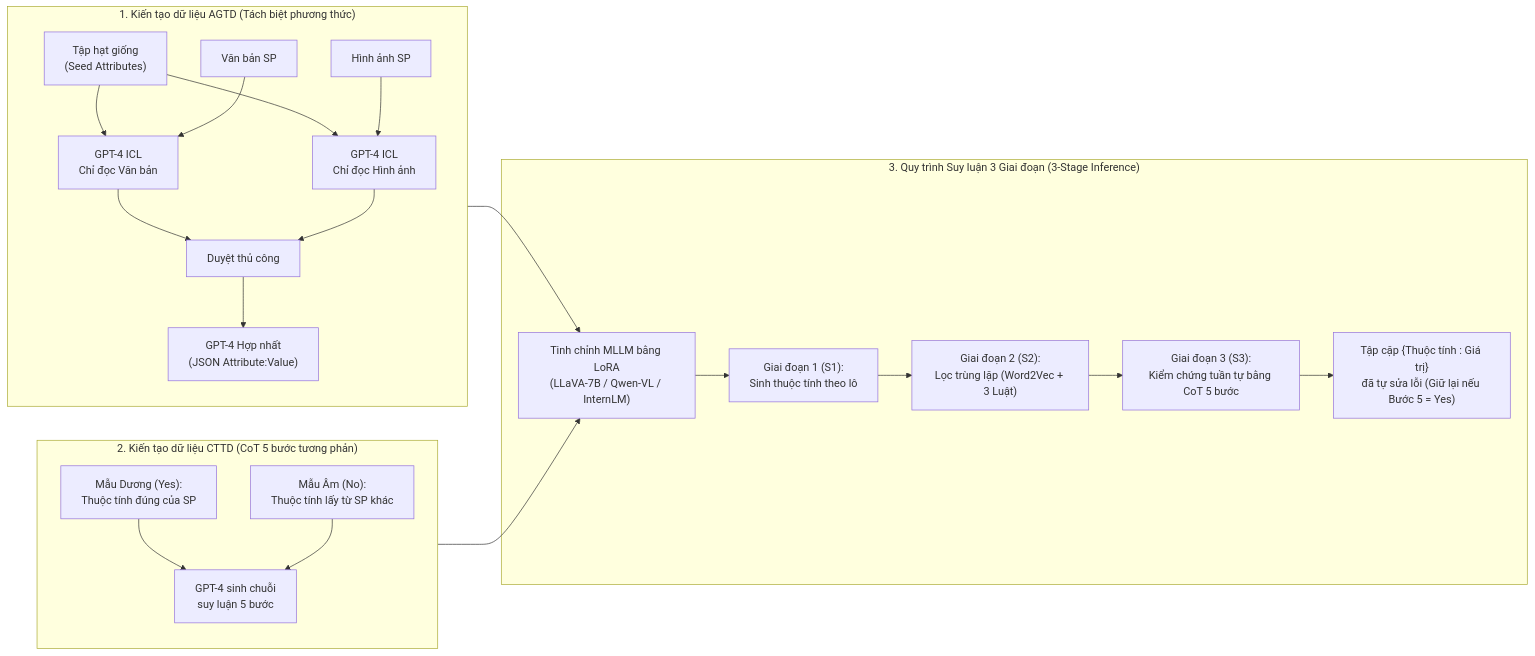
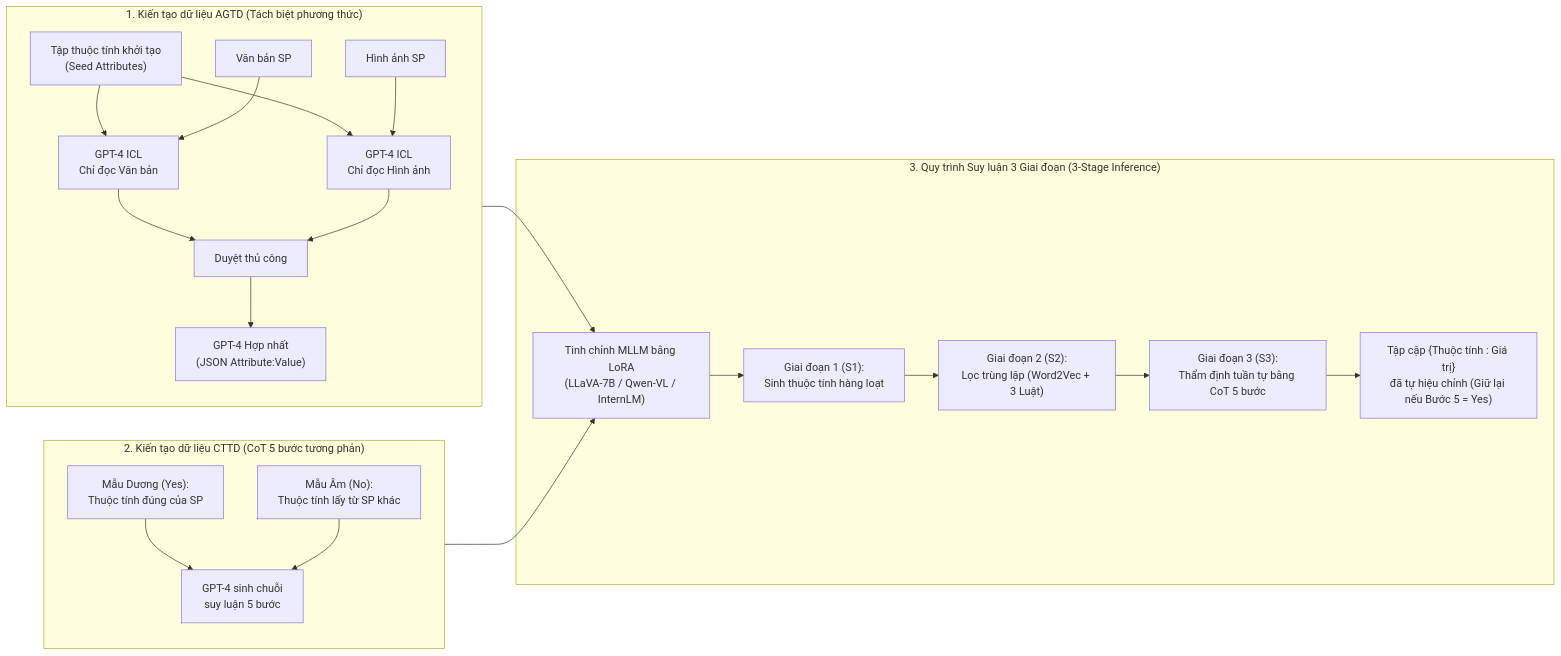
One commit to linhnnh688/msit-open-world changed the second of 3 diagrams in docs/BAO_CAO_KHOA_HOC.md. Above: the diagram before and after it, drawn with Mermaid. The commit also changed other lines of this file and 2 other files, not shown here.

````diff
--- a/docs/BAO_CAO_KHOA_HOC.md
+++ b/docs/BAO_CAO_KHOA_HOC.md
@@ -105,24 +105,24 @@
 ```mermaid
 flowchart LR
     subgraph Phase1["1. Kiến tạo dữ liệu AGTD (Tách biệt phương thức)"]
-        Seed["Tập hạt giống<br/>(Seed Attributes)"] --> GPT4_T["GPT-4 ICL<br/>Chỉ đọc Văn bản"]
+        Seed["Tập thuộc tính khởi tạo<br/>(Seed Attributes)"] --> GPT4_T["GPT-4 ICL<br/>Chỉ đọc Văn bản"]
         Seed --> GPT4_I["GPT-4 ICL<br/>Chỉ đọc Hình ảnh"]
         T_in["Văn bản SP"] --> GPT4_T --> Rev1["Duyệt thủ công"]
         I_in["Hình ảnh SP"] --> GPT4_I --> Rev1
         Rev1 --> Merge["GPT-4 Hợp nhất<br/>(JSON Attribute:Value)"]
     end
 
     subgraph Phase2["2. Kiến tạo dữ liệu CTTD (CoT 5 bước tương phản)"]
         Pos["Mẫu Dương (Yes):<br/>Thuộc tính đúng của SP"] --> CoT5["GPT-4 sinh chuỗi<br/>suy luận 5 bước"]
         Neg["Mẫu Âm (No):<br/>Thuộc tính lấy từ SP khác"] --> CoT5
     end
 
     Phase1 & Phase2 --> LoRA["Tinh chỉnh MLLM bằng LoRA<br/>(LLaVA-7B / Qwen-VL / InternLM)"]
 
     subgraph Phase3["3. Quy trình Suy luận 3 Giai đoạn (3-Stage Inference)"]
-        LoRA --> S1["Giai đoạn 1 (S1):<br/>Sinh thuộc tính theo lô"]
+        LoRA --> S1["Giai đoạn 1 (S1):<br/>Sinh thuộc tính hàng loạt"]
         S1 --> S2["Giai đoạn 2 (S2):<br/>Lọc trùng lặp (Word2Vec + 3 Luật)"]
-        S2 --> S3["Giai đoạn 3 (S3):<br/>Kiểm chứng tuần tự bằng CoT 5 bước"]
-        S3 --> Out["Tập cặp {Thuộc tính : Giá trị}<br/>đã tự sửa lỗi (Giữ lại nếu Bước 5 = Yes)"]
+        S2 --> S3["Giai đoạn 3 (S3):<br/>Thẩm định tuần tự bằng CoT 5 bước"]
+        S3 --> Out["Tập cặp {Thuộc tính : Giá trị}<br/>đã tự hiệu chỉnh (Giữ lại nếu Bước 5 = Yes)"]
     end
 ```
````
